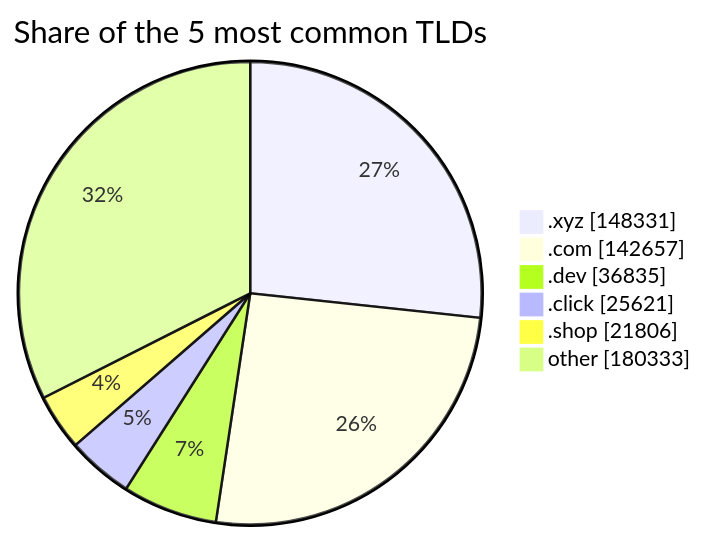
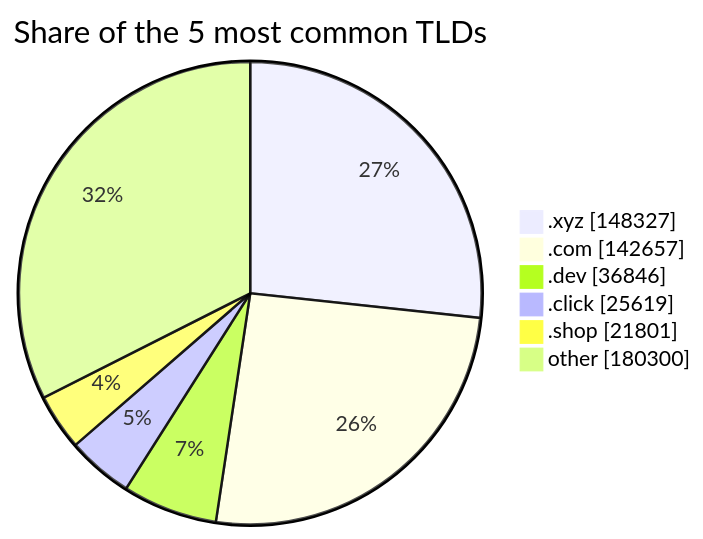
Before and after one commit to DNSBunker/CTI: the third of 3 diagrams in README.md, drawn with Mermaid. The commit also changed other lines of this file and 3 other files, not shown here.

````diff
--- a/README.md
+++ b/README.md
@@ -81,9 +81,9 @@
 ```mermaid
 pie showData title Share of the 5 most common TLDs
-    ".xyz" : 148331
+    ".xyz" : 148327
     ".com" : 142657
-    ".dev" : 36835
-    ".click" : 25621
-    ".shop" : 21806
-    "other" : 180333
+    ".dev" : 36846
+    ".click" : 25619
+    ".shop" : 21801
+    "other" : 180300
 ```
````
